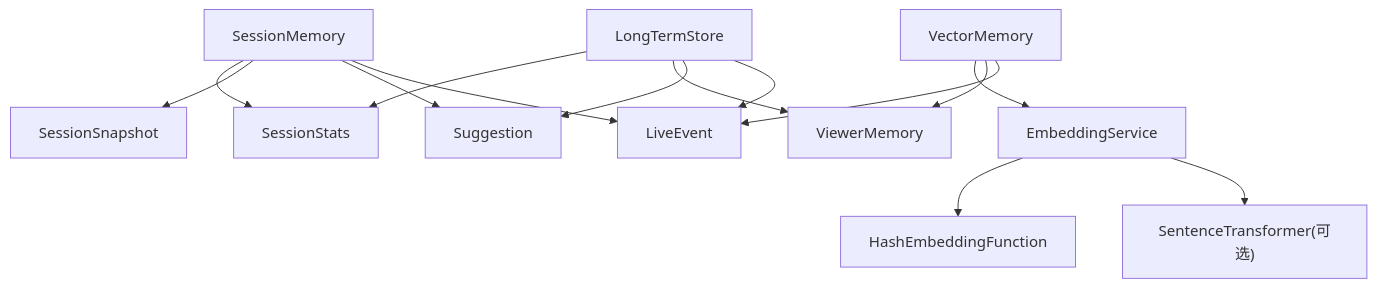
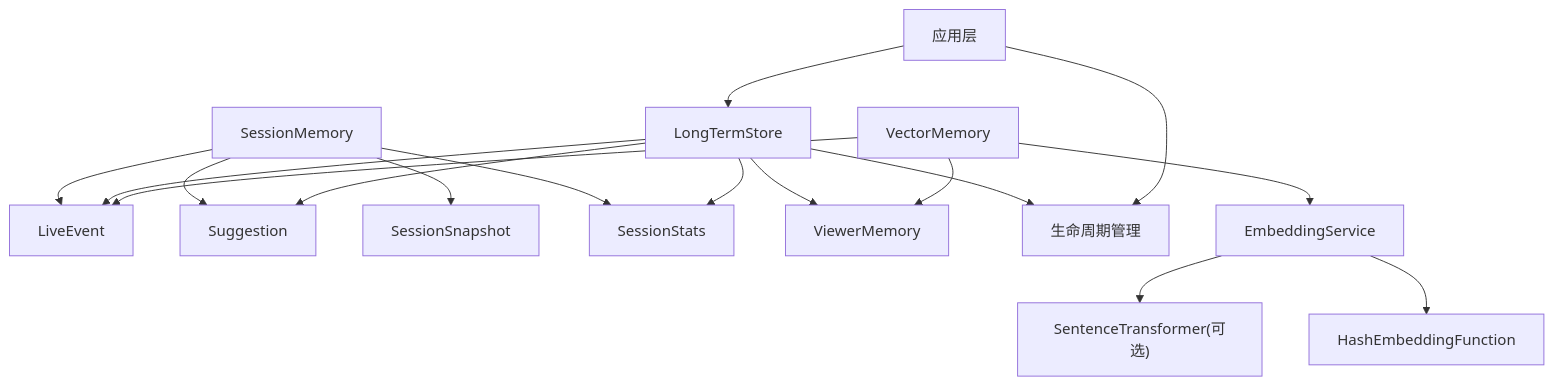
One commit to Moon-Force/DouYin_llm changed the eighth of 8 diagrams in .qoder/repowiki/zh/content/后端服务/内存管理系统/内存管理系统.md. Above: the diagram before and after it, drawn with Mermaid. The commit also changed other lines of this file and 34 other files, not shown here.

````diff
--- a/.qoder/repowiki/zh/content/后端服务/内存管理系统/内存管理系统.md
+++ b/.qoder/repowiki/zh/content/后端服务/内存管理系统/内存管理系统.md
@@ -314,16 +394,19 @@
 ```mermaid
 graph TB
 SM["SessionMemory"] --> LE["LiveEvent"]
 SM --> SUG["Suggestion"]
 SM --> SNAP["SessionSnapshot"]
 SM --> STATS["SessionStats"]
 LTS["LongTermStore"] --> LE
 LTS --> SUG
 LTS --> MEM["ViewerMemory"]
 LTS --> STATS
+LTS --> LC["生命周期管理"]
 VM["VectorMemory"] --> LE
 VM --> MEM
 VM --> ES["EmbeddingService"]
 ES --> ST["SentenceTransformer(可选)"]
 ES --> HASH["HashEmbeddingFunction"]
+APP["应用层"] --> LC
+APP --> LTS
 ```
````
